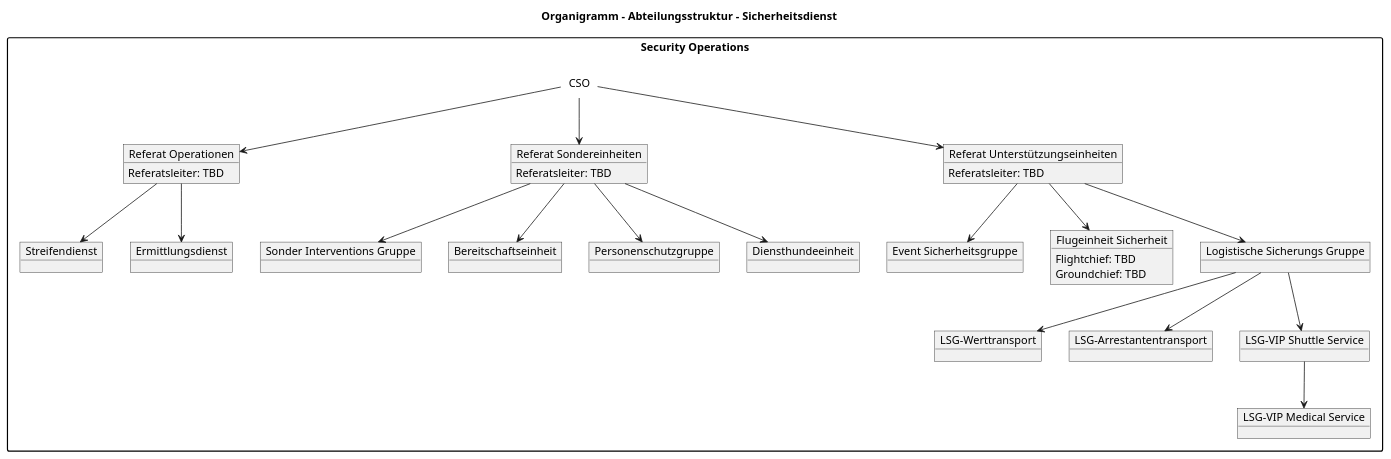
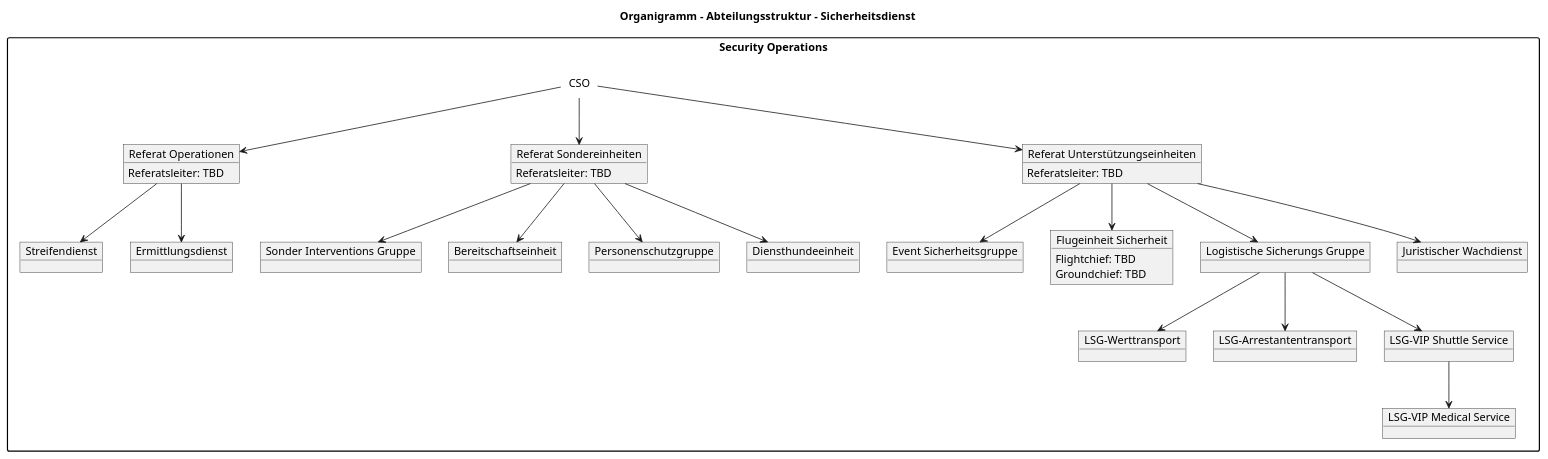
The diagram in chapters/7_Operations_Security.adoc (Stiller-und-Partner-Mediengruppe-GmbH/SPMG.Conceptplan), drawn with PlantUML before and after one commit. The commit also changed other lines of this file and 26 other files, not shown here.

```diff
--- a/chapters/7_Operations_Security.adoc
+++ b/chapters/7_Operations_Security.adoc
@@ -24,66 +24,68 @@
 [plantuml, org-chart-security, svg]
 ----
 @startuml
 skinparam packageStyle rectangle
 allowmixing
 skinparam shadowing false
 
 
 skinparam rectangle {
     BackgroundColor transparent
     BorderColor transparent
 }
 
 title Organigramm - Abteilungsstruktur - Sicherheitsdienst
 
 package "Security Operations" as SO {
 rectangle "CSO" as CSO
 
 object "Referat Operationen" as RO{
     Referatsleiter: TBD
 }
 object "Referat Sondereinheiten" as RSE{
     Referatsleiter: TBD
 }
 object "Referat Unterstützungseinheiten" as RUE{
     Referatsleiter: TBD
 }
 object "Streifendienst" as SPU
 object "Sonder Interventions Gruppe" as SIG
 object "Bereitschaftseinheit" as BE
 object "Personenschutzgruppe" as PSG
 object "Event Sicherheitsgruppe" as ESG
 object "Flugeinheit Sicherheit" as FES {
     Flightchief: TBD
     Groundchief: TBD
 }
 object "Ermittlungsdienst" as ED
 object "Diensthundeeinheit" as DHE
 object "Logistische Sicherungs Gruppe" as LSG
 object "LSG-Werttransport" as LSG_WT
 object "LSG-Arrestantentransport" as LSG_AT
 object "LSG-VIP Shuttle Service" as LSG_VIP
 object "LSG-VIP Medical Service" as LSG_VIP_Med
+object "Juristischer Wachdienst" as JSW
 }
 
 CSO -down-> RO
 CSO -down-> RSE
 CSO -down-> RUE
 
 RO -down-> SPU
 RSE -down-> SIG
 RSE -down-> PSG
 RSE -down-> BE
 RUE -down-> ESG
 RUE -down-> FES
 RO -down-> ED
 RSE -down-> DHE
 RUE -down-> LSG
+RUE -down-> JSW
 
 LSG -down-> LSG_WT
 LSG -down-> LSG_AT
 LSG -down-> LSG_VIP
 LSG_VIP -down-> LSG_VIP_Med
 
 @enduml
 ----
```
